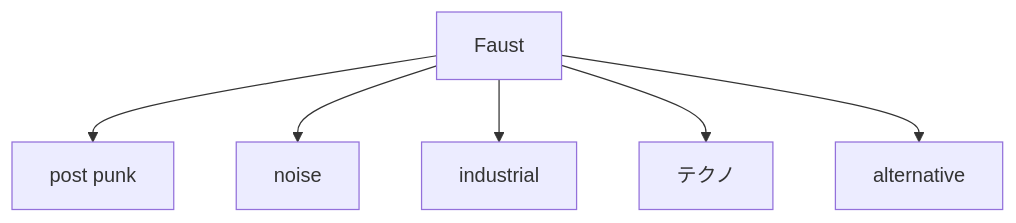
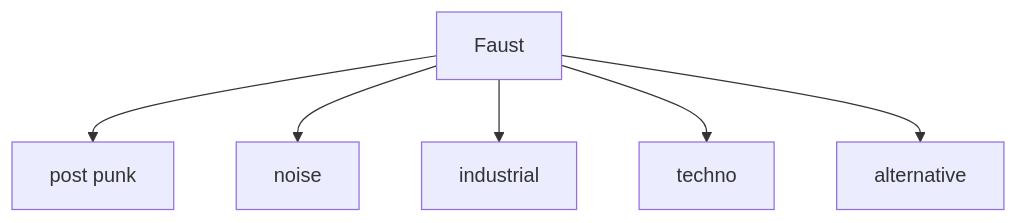
The sixth of 6 diagrams in en/_posts/2026-05-24-column-faust.md (monumental-movement/monumental-movement.github.io), drawn with Mermaid before and after one commit. The commit also changed other lines of this file and 423 other files, not shown here.

```diff
--- a/en/_posts/2026-05-24-column-faust.md
+++ b/en/_posts/2026-05-24-column-faust.md
@@ -352,8 +352,8 @@
 <div class="mermaid">
 graph TD
 A[Faust] --> B[post punk]
 A --> C[noise]
 A --> D[industrial]
-A --> E[テクノ]
+A --> E[techno]
 A --> F[alternative]
 </div>
```
